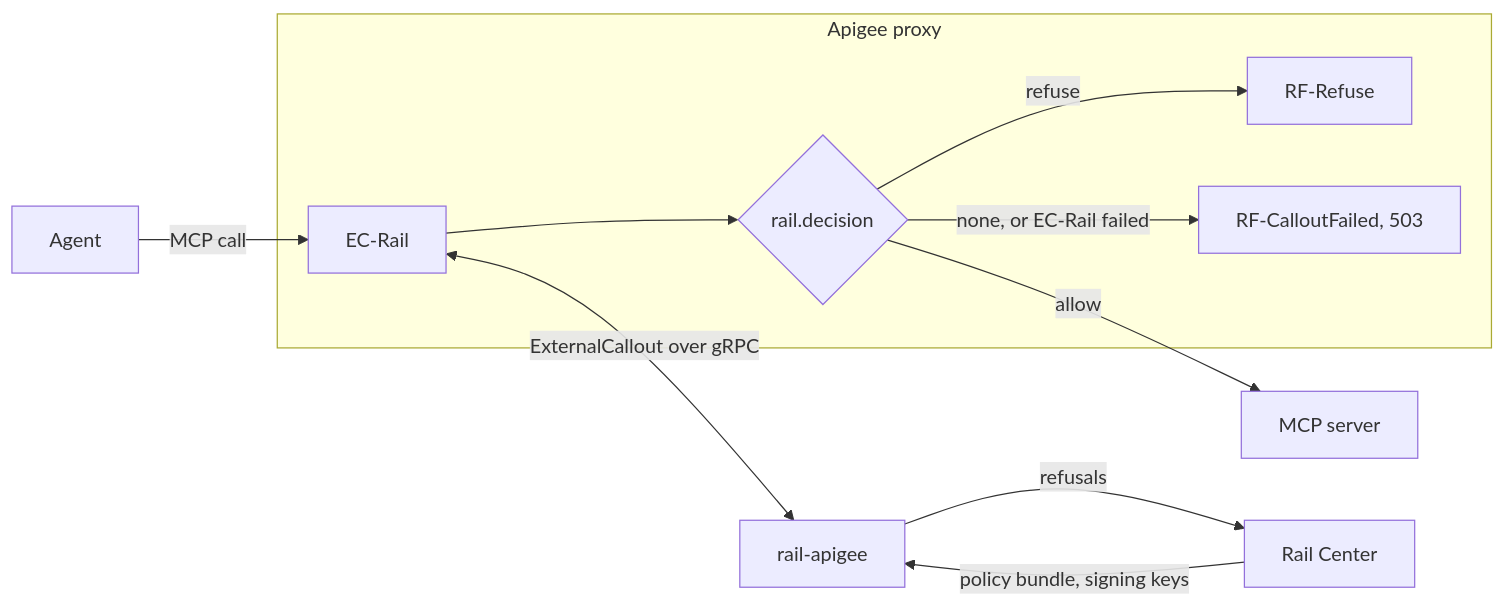
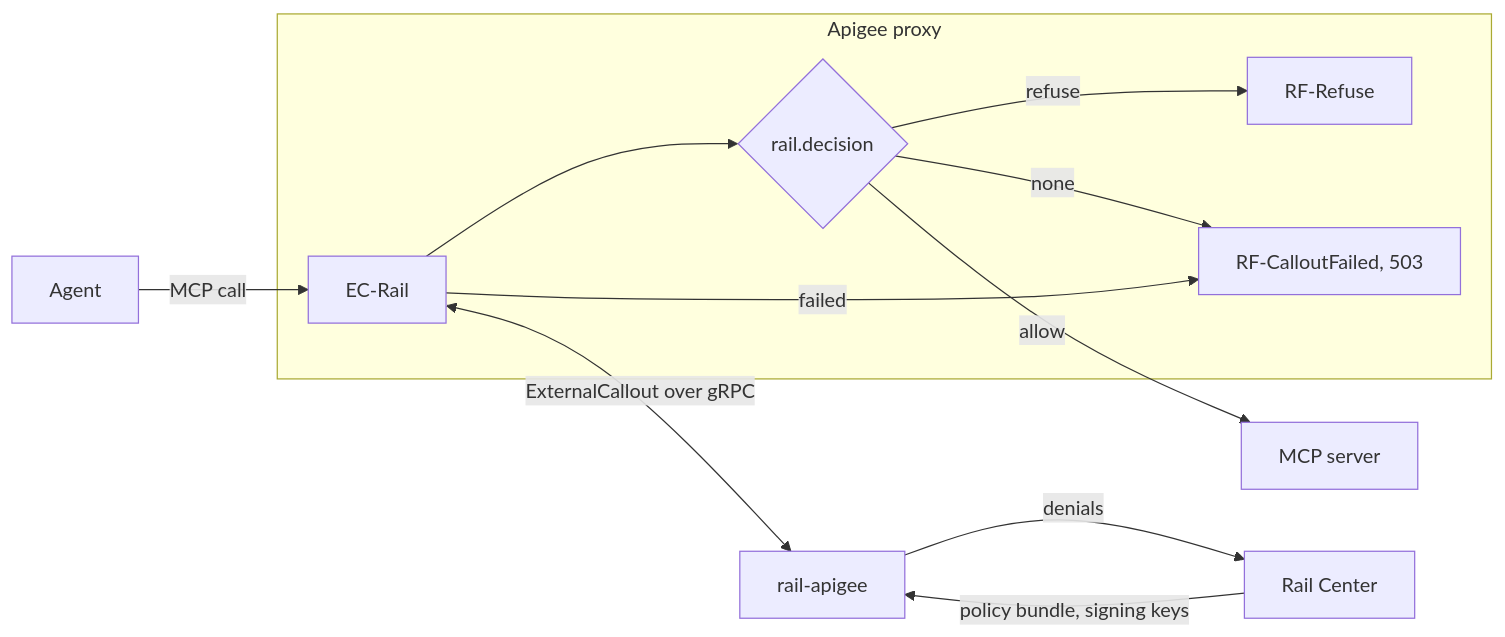
One commit to datrail/railguard changed the diagram in crates/rail-apigee/README.md. Above: the diagram before and after it, drawn with Mermaid. The commit also changed other lines of this file and 10 other files, not shown here.

Commit message:
DR-268: Review fixes to the READMEs and CONFIGURATION.md's test: denials not refusals, startup order, gaps in the scan

````diff
--- a/crates/rail-apigee/README.md
+++ b/crates/rail-apigee/README.md
@@ -10,13 +10,14 @@
 ```mermaid
 flowchart LR
   agent[Agent] -->|MCP call| ec
   subgraph proxy[Apigee proxy]
     ec[EC-Rail] --> decision{rail.decision}
     decision -->|refuse| refuse[RF-Refuse]
-    decision -->|none, or EC-Rail failed| failed[RF-CalloutFailed, 503]
+        decision -->|none| failed[RF-CalloutFailed, 503]
+    ec -->|failed| failed
   end
   ec <-->|ExternalCallout over gRPC| callout[rail-apigee]
   decision -->|allow| server[MCP server]
   center[Rail Center] -->|policy bundle, signing keys| callout
-  callout -->|refusals| center
+    callout -->|denials| center
 ```
````
